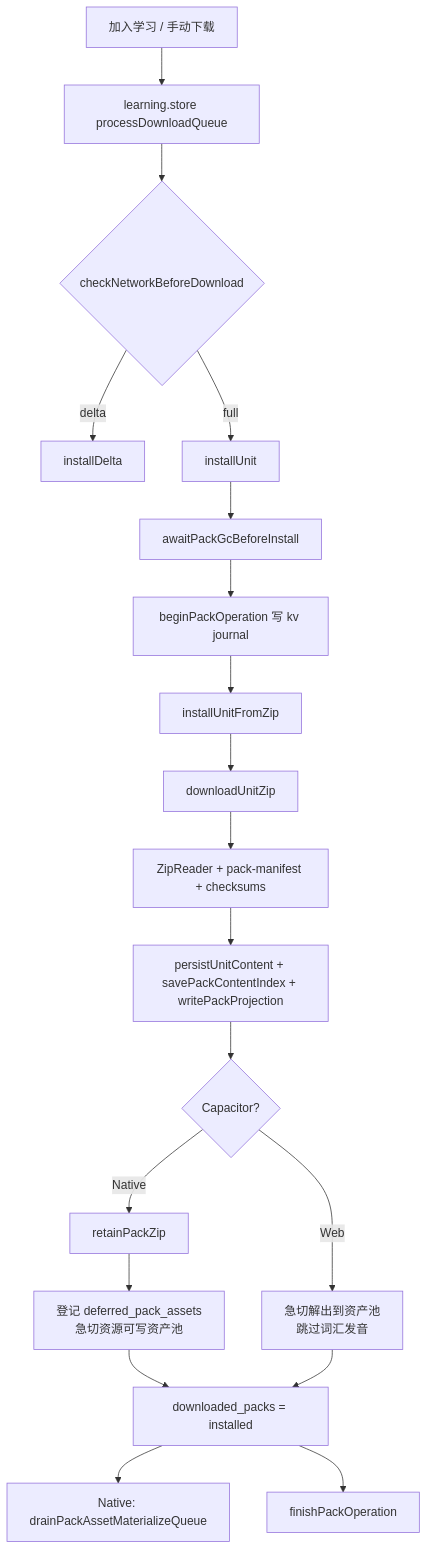
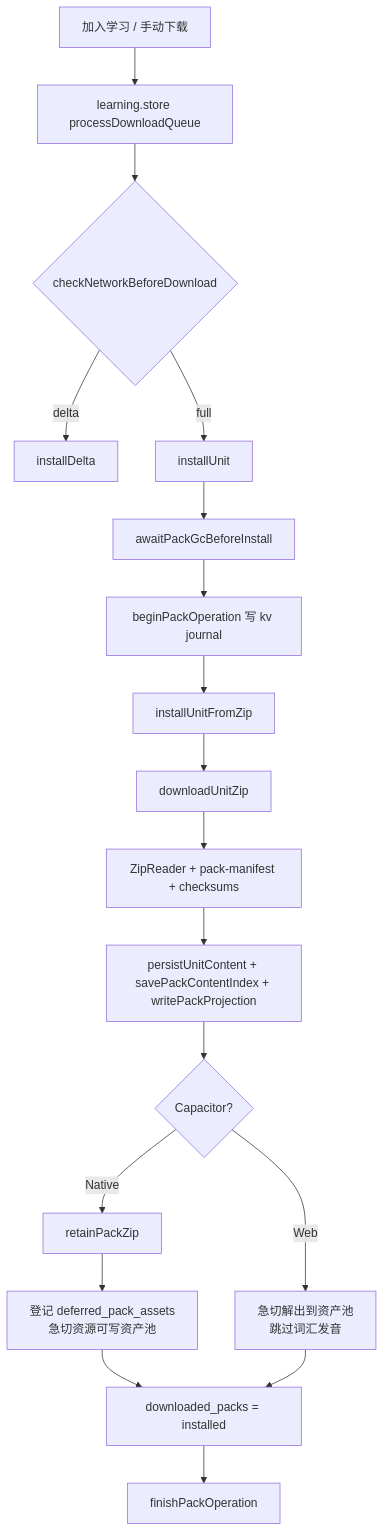
Before and after one commit to kirohuji/speakGuild: the fourth of 11 diagrams in docs/离线学习与沉浸式播放器手册.md, drawn with Mermaid. The commit also changed other lines of this file and 14 other files, not shown here.

````diff
--- a/docs/离线学习与沉浸式播放器手册.md
+++ b/docs/离线学习与沉浸式播放器手册.md
@@ -249,21 +269,20 @@
 ```mermaid
 flowchart TD
   UI[加入学习 / 手动下载] --> Q[learning.store processDownloadQueue]
   Q --> Net{checkNetworkBeforeDownload}
   Net -->|delta| Delta[installDelta]
   Net -->|full| Install[installUnit]
   Install --> GC[awaitPackGcBeforeInstall]
   GC --> Journal[beginPackOperation 写 kv journal]
   Journal --> Zip[installUnitFromZip]
   Zip --> DL[downloadUnitZip]
   DL --> Parse[ZipReader + pack-manifest + checksums]
   Parse --> Content[persistUnitContent + savePackContentIndex + writePackProjection]
   Content --> Branch{Capacitor?}
   Branch -->|Native| Retain[retainPackZip]
   Retain --> Def[登记 deferred_pack_assets<br/>急切资源可写资产池]
   Branch -->|Web| Eager[急切解出到资产池<br/>跳过词汇发音]
   Def --> Done[downloaded_packs = installed]
   Eager --> Done
-  Done --> Mat[Native: drainPackAssetMaterializeQueue]
   Done --> Fin[finishPackOperation]
 ```
````
